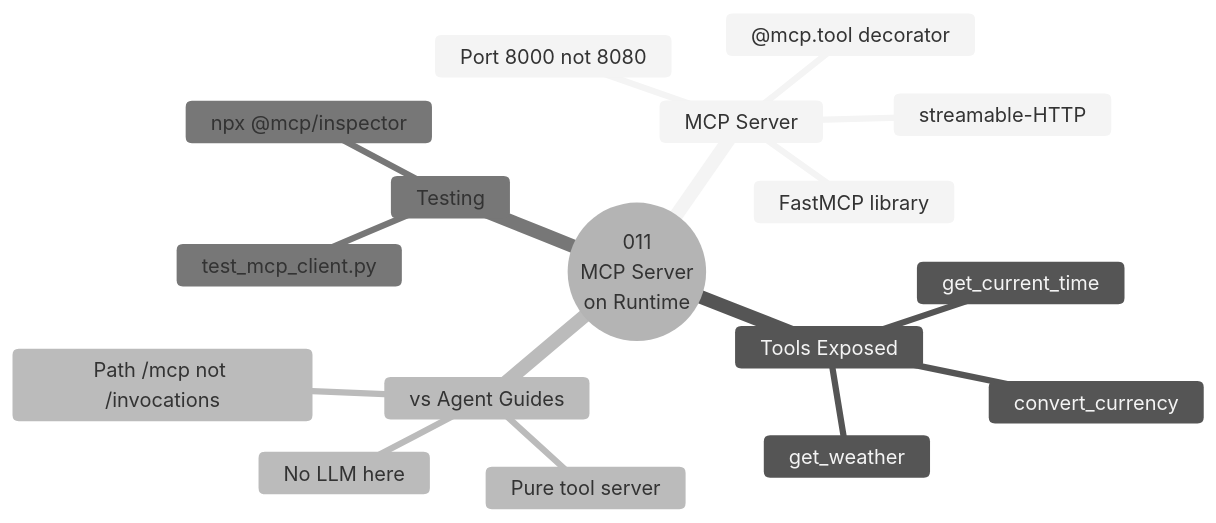
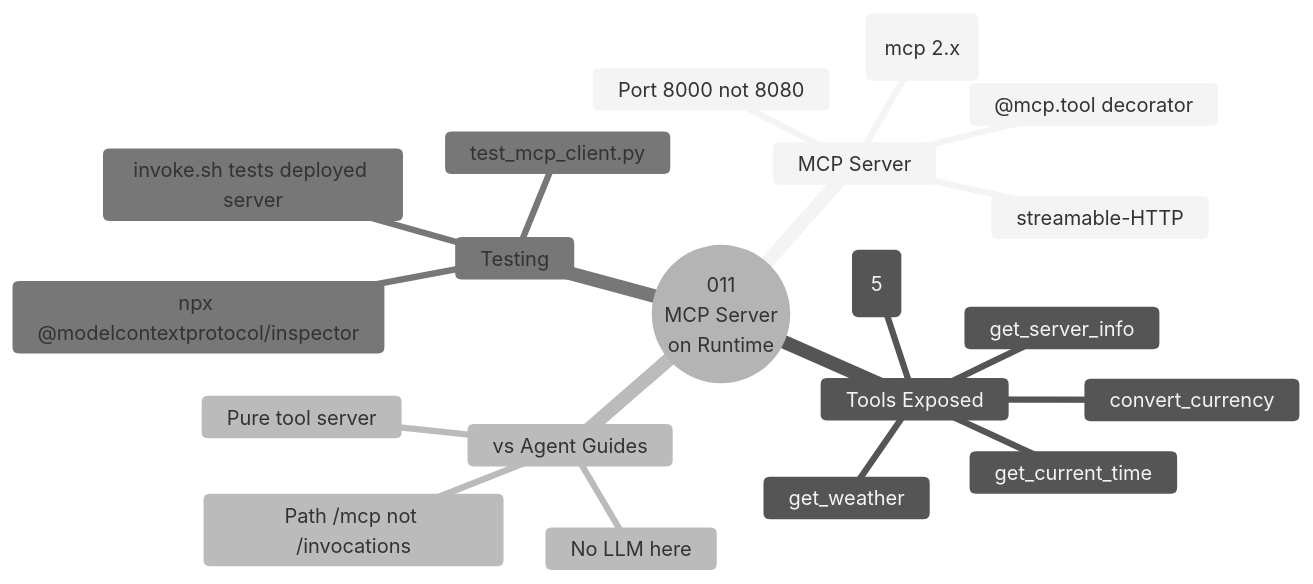
Before and after one commit to anveshmuppeda/agents-on-aws: the third of 3 diagrams in 01-runtime/011-runtime-mcp-server/README.md, drawn with Mermaid (neutral theme). The commit also changed other lines of this file, not shown here.

Commit message:
feat: Update README to clarify MCP server functionality and tool integration

````diff
--- a/01-runtime/011-runtime-mcp-server/README.md
+++ b/01-runtime/011-runtime-mcp-server/README.md
@@ -71,22 +68,25 @@
 ```mermaid
 mindmap
   root((011
 MCP Server
 on Runtime))
     MCP Server
-      FastMCP library
+      MCPServer (mcp 2.x)
       @mcp.tool decorator
       streamable-HTTP
       Port 8000 not 8080
     Tools Exposed
       get_weather
       get_current_time
       convert_currency
+      get_server_info
+      AWS documentation tools (5)
     vs Agent Guides
       No LLM here
       Pure tool server
       Path /mcp not /invocations
     Testing
       test_mcp_client.py
-      npx @mcp/inspector
+      npx @modelcontextprotocol/inspector
+      invoke.sh tests deployed server
 ```
````
